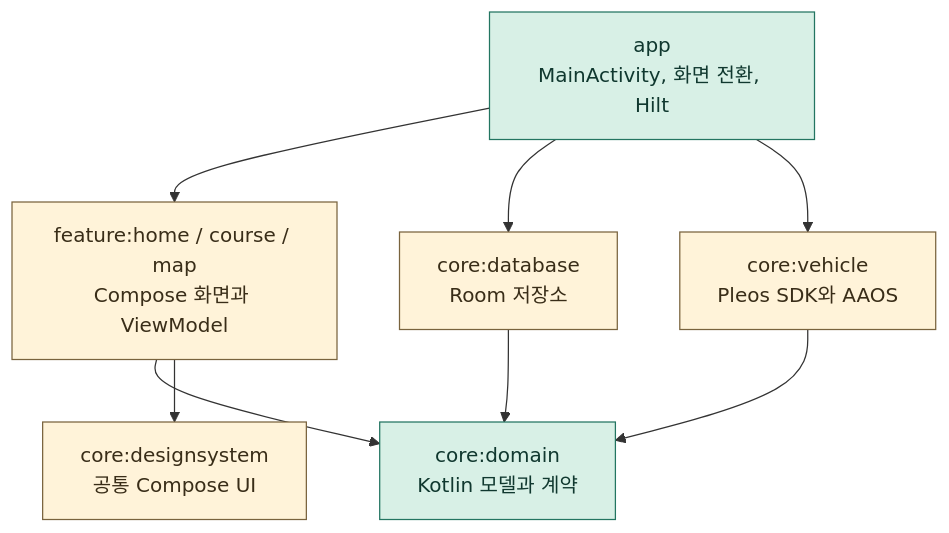
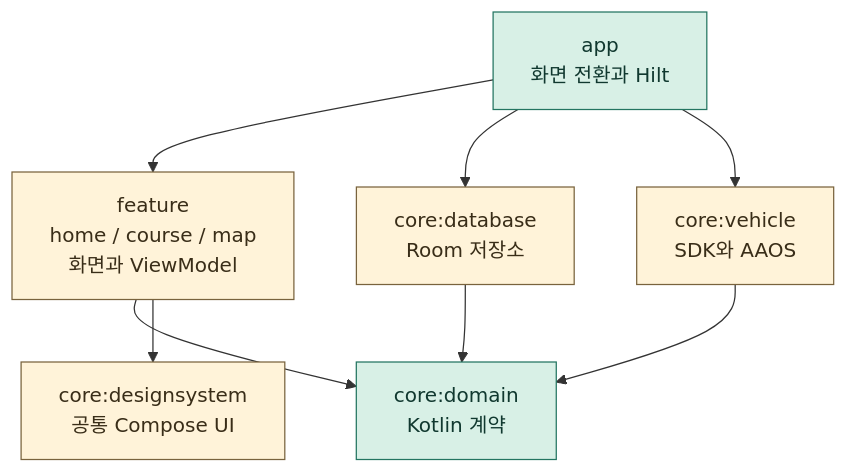
The diagram in README.md (HanGilLab/Android), drawn with Mermaid before and after one commit.

Commit message:
GitHub 렌더링에 맞춰 아키텍처 그림 라벨 정리

````diff
--- a/README.md
+++ b/README.md
@@ -64,22 +64,22 @@
 ```mermaid
 flowchart TB
-    App["app<br/>MainActivity, 화면 전환, Hilt"]
-    Feature["feature:home / course / map<br/>Compose 화면과 ViewModel"]
+    App["app<br/>화면 전환과 Hilt"]
+    Feature["feature<br/>home / course / map<br/>화면과 ViewModel"]
     Database["core:database<br/>Room 저장소"]
-    Vehicle["core:vehicle<br/>Pleos SDK와 AAOS"]
-    Domain["core:domain<br/>Kotlin 모델과 계약"]
+    Vehicle["core:vehicle<br/>SDK와 AAOS"]
+    Domain["core:domain<br/>Kotlin 계약"]
     Design["core:designsystem<br/>공통 Compose UI"]
 
     App --> Feature
     App --> Database
     App --> Vehicle
     Feature --> Domain
     Feature --> Design
     Database --> Domain
     Vehicle --> Domain
 
     classDef mint fill:#D8F0E6,stroke:#237561,color:#10382F
     classDef cream fill:#FFF3D9,stroke:#79633D,color:#392D18
     class App,Domain mint
     class Feature,Design,Database,Vehicle cream
 ```
````
